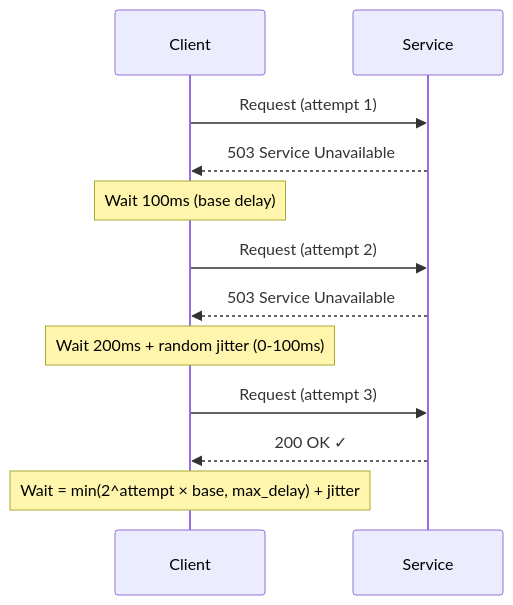
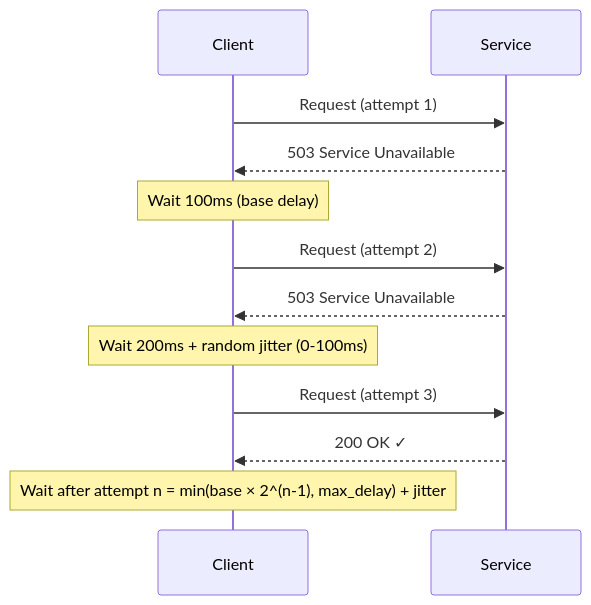
One commit to Ankan1998/learn-system-design changed the first of 6 diagrams in Level-05-Architecture-Patterns/06-Resilience-Patterns/README.md. Above: the diagram before and after it, drawn with Mermaid. The commit also changed other lines of this file and 139 other files, not shown here.

````diff
--- a/Level-05-Architecture-Patterns/06-Resilience-Patterns/README.md
+++ b/Level-05-Architecture-Patterns/06-Resilience-Patterns/README.md
@@ -61,18 +61,18 @@
 ```mermaid
 sequenceDiagram
     participant C as Client
     participant S as Service
 
     C->>S: Request (attempt 1)
     S-->>C: 503 Service Unavailable
 
     Note over C: Wait 100ms (base delay)
     C->>S: Request (attempt 2)
     S-->>C: 503 Service Unavailable
 
     Note over C: Wait 200ms + random jitter (0-100ms)
     C->>S: Request (attempt 3)
     S-->>C: 200 OK ✓
 
-    Note over C: Wait = min(2^attempt × base, max_delay) + jitter
+    Note over C: Wait after attempt n = min(base × 2^(n-1), max_delay) + jitter
 ```
````
